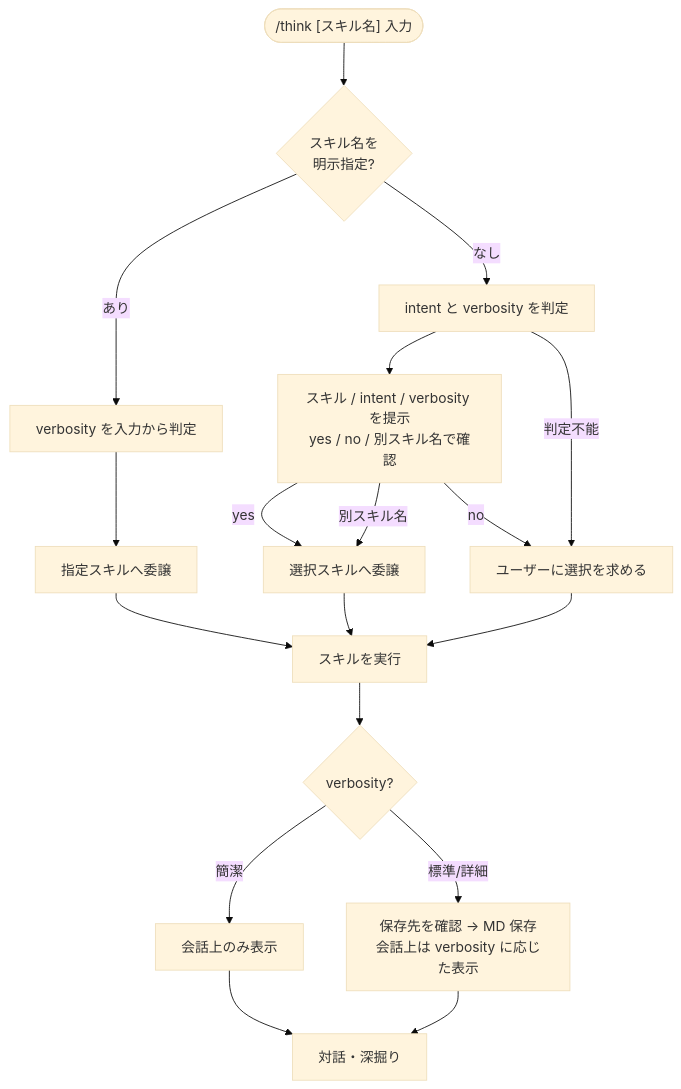
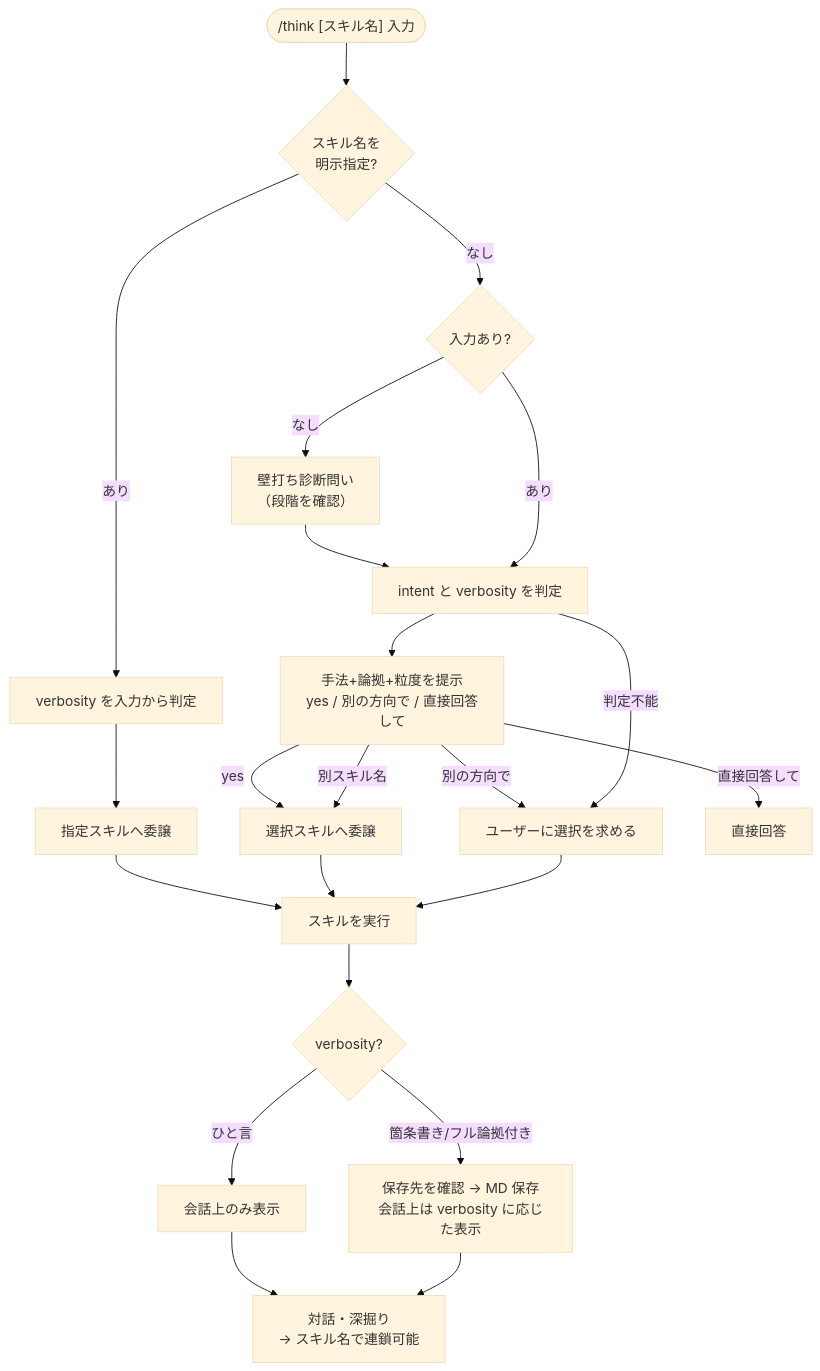
The diagram in claude/skills/think/README.md (agaemo/dotfiles), drawn with Mermaid (base theme) before and after one commit. The commit also changed other lines of this file and 6 other files, not shown here.

````diff
--- a/claude/skills/think/README.md
+++ b/claude/skills/think/README.md
@@ -72,22 +78,26 @@
 ```mermaid
 flowchart TD
     Start(["/think [スキル名] 入力"]) --> Parse{スキル名を\n明示指定?}
 
     Parse -- あり --> VB1[verbosity を入力から判定]
     VB1 --> Direct[指定スキルへ委譲]
 
-    Parse -- なし --> Auto[intent と verbosity を判定]
-    Auto --> Confirm["スキル / intent / verbosity を提示\nyes / no / 別スキル名で確認"]
+    Parse -- なし --> Check{入力あり?}
+    Check -- なし --> Diag["壁打ち診断問い\n（段階を確認）"]
+    Diag --> Auto
+    Check -- あり --> Auto[intent と verbosity を判定]
+    Auto --> Confirm["手法+論拠+粒度を提示\nyes / 別の方向で / 直接回答して"]
     Confirm -- yes --> Route[選択スキルへ委譲]
-    Confirm -- no --> Ask[ユーザーに選択を求める]
+    Confirm -- 別の方向で --> Ask[ユーザーに選択を求める]
+    Confirm -- 直接回答して --> Direct2[直接回答]
     Confirm -- 別スキル名 --> Route
     Auto -- 判定不能 --> Ask
 
     Direct & Route --> Exec[スキルを実行]
     Ask --> Exec
 
     Exec --> Out{verbosity?}
-    Out -- 簡潔 --> Chat[会話上のみ表示]
-    Out -- 標準/詳細 --> SaveQ[保存先を確認 → MD 保存\n会話上は verbosity に応じた表示]
-    Chat & SaveQ --> Dialog[対話・深掘り]
+    Out -- ひと言 --> Chat[会話上のみ表示]
+    Out -- 箇条書き/フル論拠付き --> SaveQ[保存先を確認 → MD 保存\n会話上は verbosity に応じた表示]
+    Chat & SaveQ --> Dialog["対話・深掘り\n→ スキル名で連鎖可能"]
 ```
````
